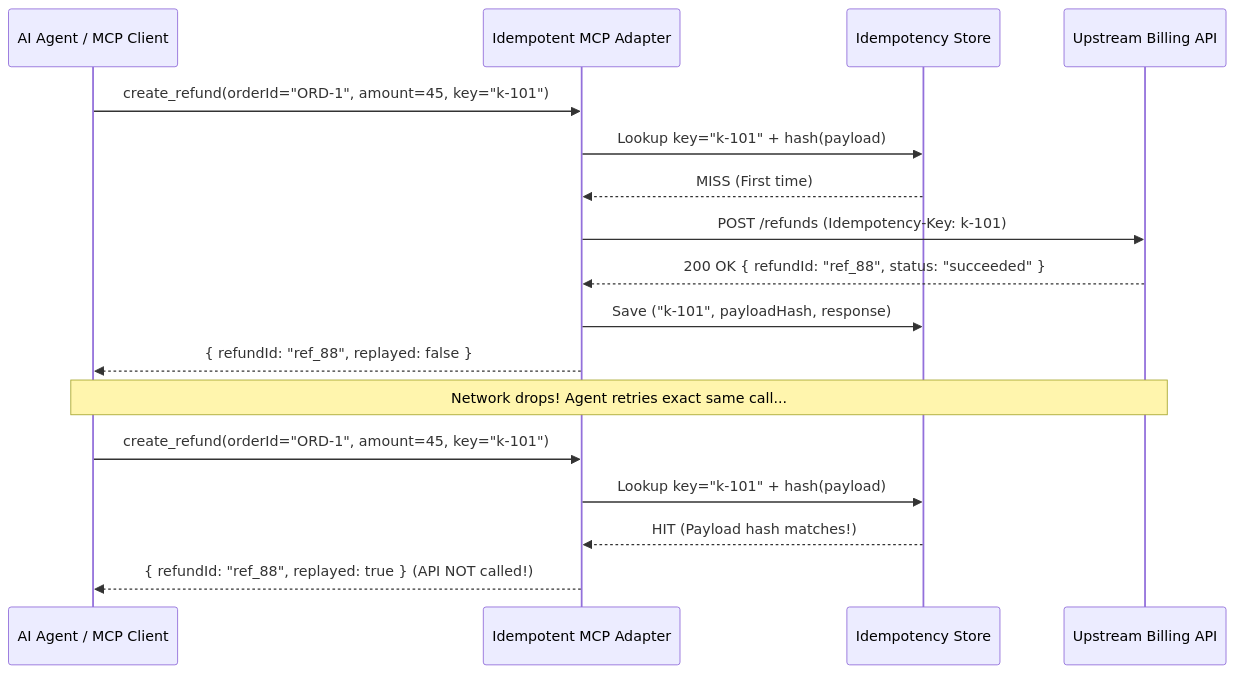
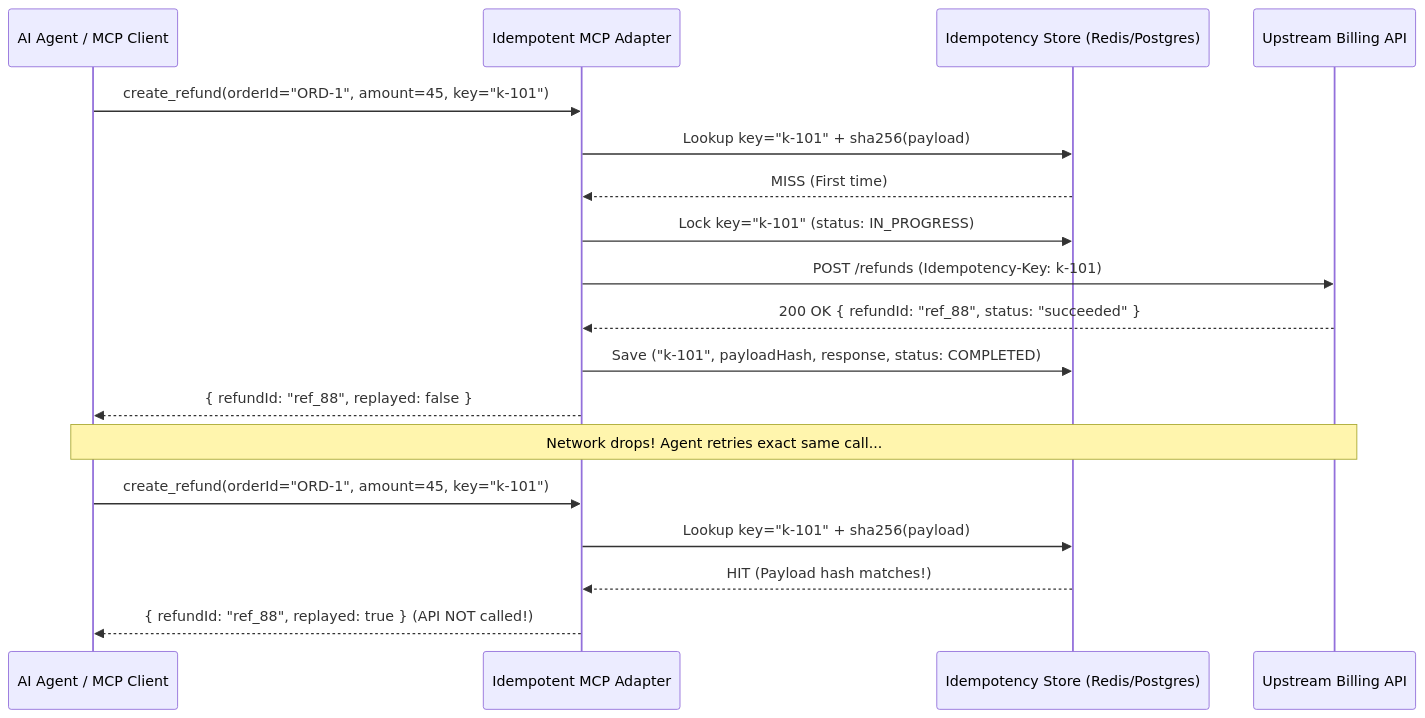
The first of 2 diagrams in Lecture 30 - Enterprise APIs OpenAPI-to-MCP and Computer-Use/notes/03_Idempotency_Keys_and_Safe_Retries_on_Mutations.md (Amie-dev/FDE-and-GenAI-Mastery), drawn with Mermaid before and after one commit. The commit also changed other lines of this file and 92 other files, not shown here.

````diff
--- a/Lecture 30 - Enterprise APIs OpenAPI-to-MCP and Computer-Use/notes/03_Idempotency_Keys_and_Safe_Retries_on_Mutations.md
+++ b/Lecture 30 - Enterprise APIs OpenAPI-to-MCP and Computer-Use/notes/03_Idempotency_Keys_and_Safe_Retries_on_Mutations.md
@@ -29,21 +32,22 @@
 ```mermaid
 sequenceDiagram
     participant Agent as AI Agent / MCP Client
     participant Adapter as Idempotent MCP Adapter
-    participant Store as Idempotency Store
+    participant Store as Idempotency Store (Redis/Postgres)
     participant API as Upstream Billing API
 
     Agent->>Adapter: create_refund(orderId="ORD-1", amount=45, key="k-101")
-    Adapter->>Store: Lookup key="k-101" + hash(payload)
+    Adapter->>Store: Lookup key="k-101" + sha256(payload)
     Store-->>Adapter: MISS (First time)
+    Adapter->>Store: Lock key="k-101" (status: IN_PROGRESS)
     Adapter->>API: POST /refunds (Idempotency-Key: k-101)
     API-->>Adapter: 200 OK { refundId: "ref_88", status: "succeeded" }
-    Adapter->>Store: Save ("k-101", payloadHash, response)
+    Adapter->>Store: Save ("k-101", payloadHash, response, status: COMPLETED)
     Adapter-->>Agent: { refundId: "ref_88", replayed: false }
 
     Note over Agent,API: Network drops! Agent retries exact same call...
     Agent->>Adapter: create_refund(orderId="ORD-1", amount=45, key="k-101")
-    Adapter->>Store: Lookup key="k-101" + hash(payload)
+    Adapter->>Store: Lookup key="k-101" + sha256(payload)
     Store-->>Adapter: HIT (Payload hash matches!)
     Adapter-->>Agent: { refundId: "ref_88", replayed: true } (API NOT called!)
 ```
````
